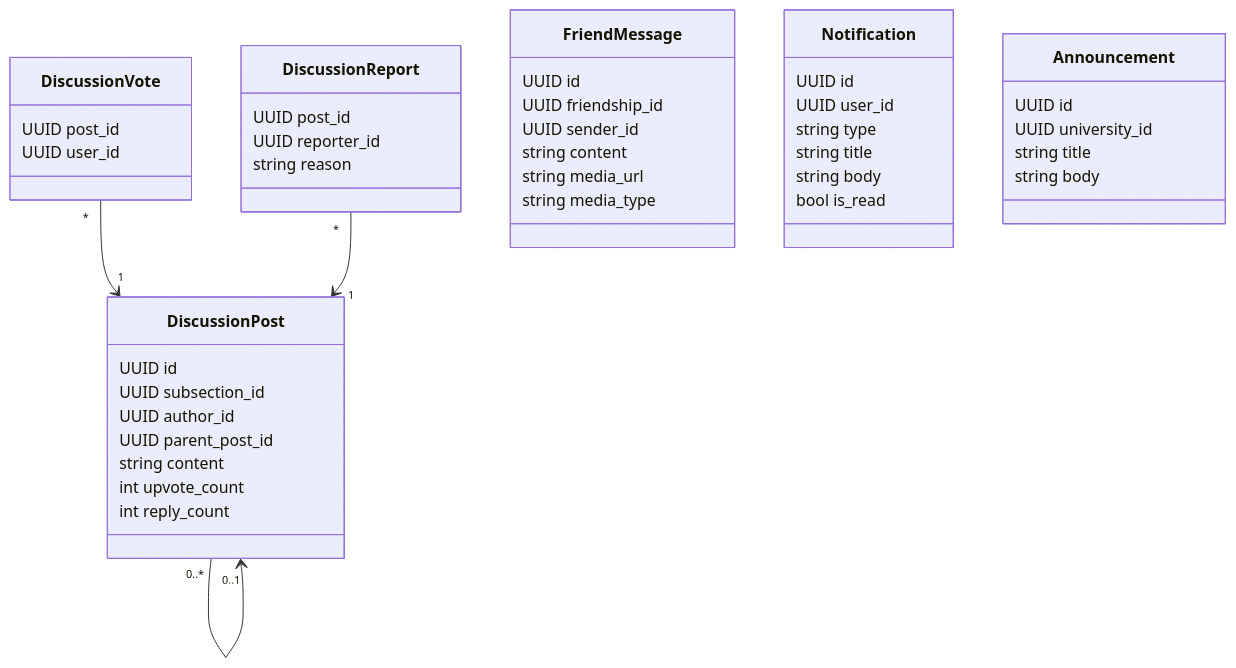
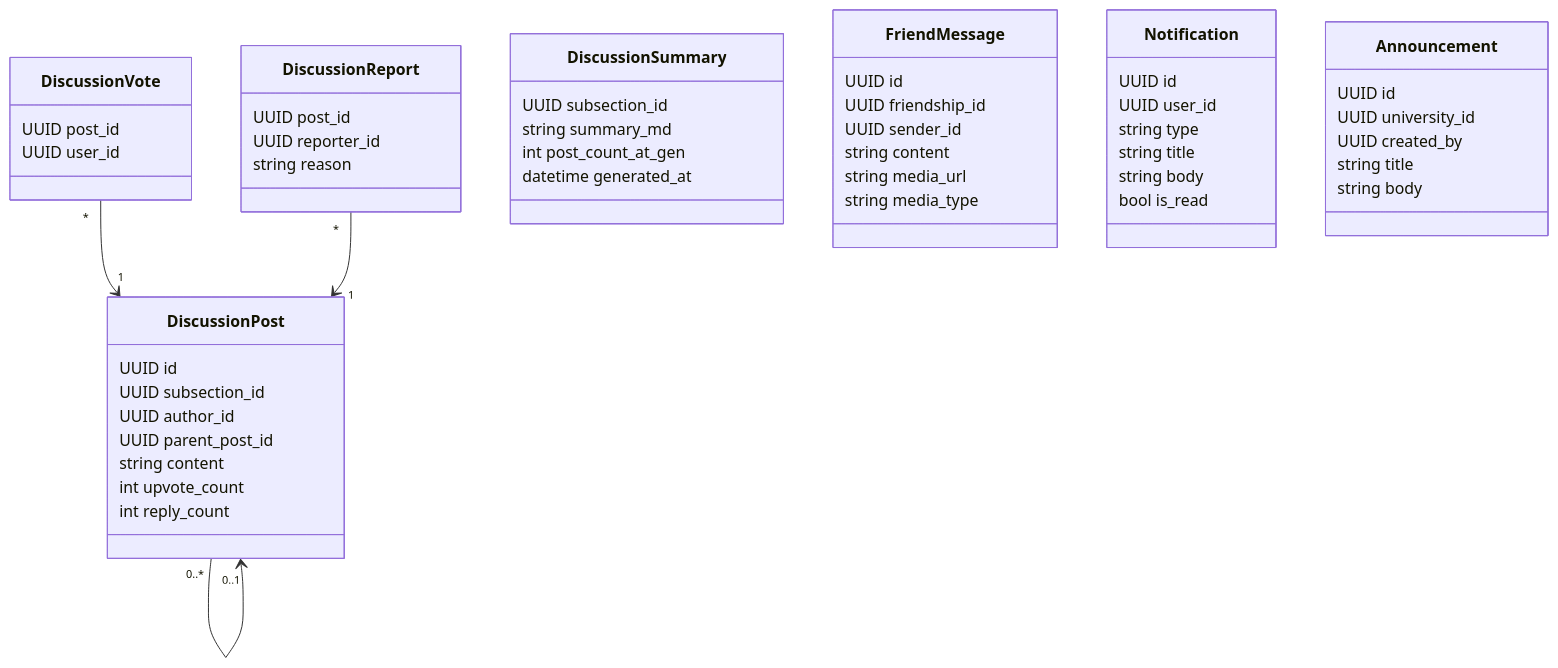
One commit to yazidha09/Hub4Learners changed the second of 5 diagrams in docs/sprints/SPRINT_5.md. Above: the diagram before and after it, drawn with Mermaid.

````diff
--- a/docs/sprints/SPRINT_5.md
+++ b/docs/sprints/SPRINT_5.md
@@ -72,52 +72,60 @@
 ```mermaid
 classDiagram
     class DiscussionPost {
         UUID id
         UUID subsection_id
         UUID author_id
         UUID parent_post_id
         string content
         int upvote_count
         int reply_count
     }
 
     class DiscussionVote {
         UUID post_id
         UUID user_id
     }
 
     class DiscussionReport {
         UUID post_id
         UUID reporter_id
         string reason
     }
 
+    class DiscussionSummary {
+        UUID subsection_id
+        string summary_md
+        int post_count_at_gen
+        datetime generated_at
+    }
+
     class FriendMessage {
         UUID id
         UUID friendship_id
         UUID sender_id
         string content
         string media_url
         string media_type
     }
 
     class Notification {
         UUID id
         UUID user_id
         string type
         string title
         string body
         bool is_read
     }
 
     class Announcement {
         UUID id
         UUID university_id
+        UUID created_by
         string title
         string body
     }
 
     DiscussionPost "0..*" --> "0..1" DiscussionPost
     DiscussionVote "*" --> "1" DiscussionPost
     DiscussionReport "*" --> "1" DiscussionPost
 ```
````
